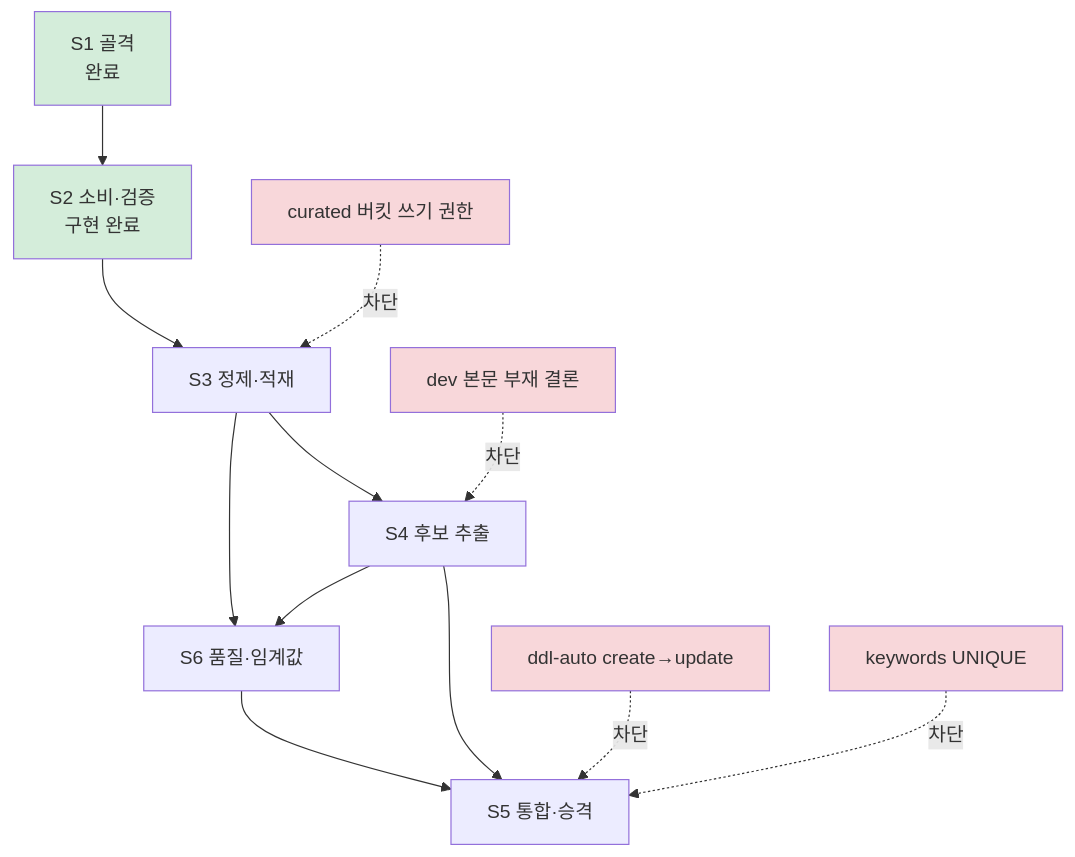
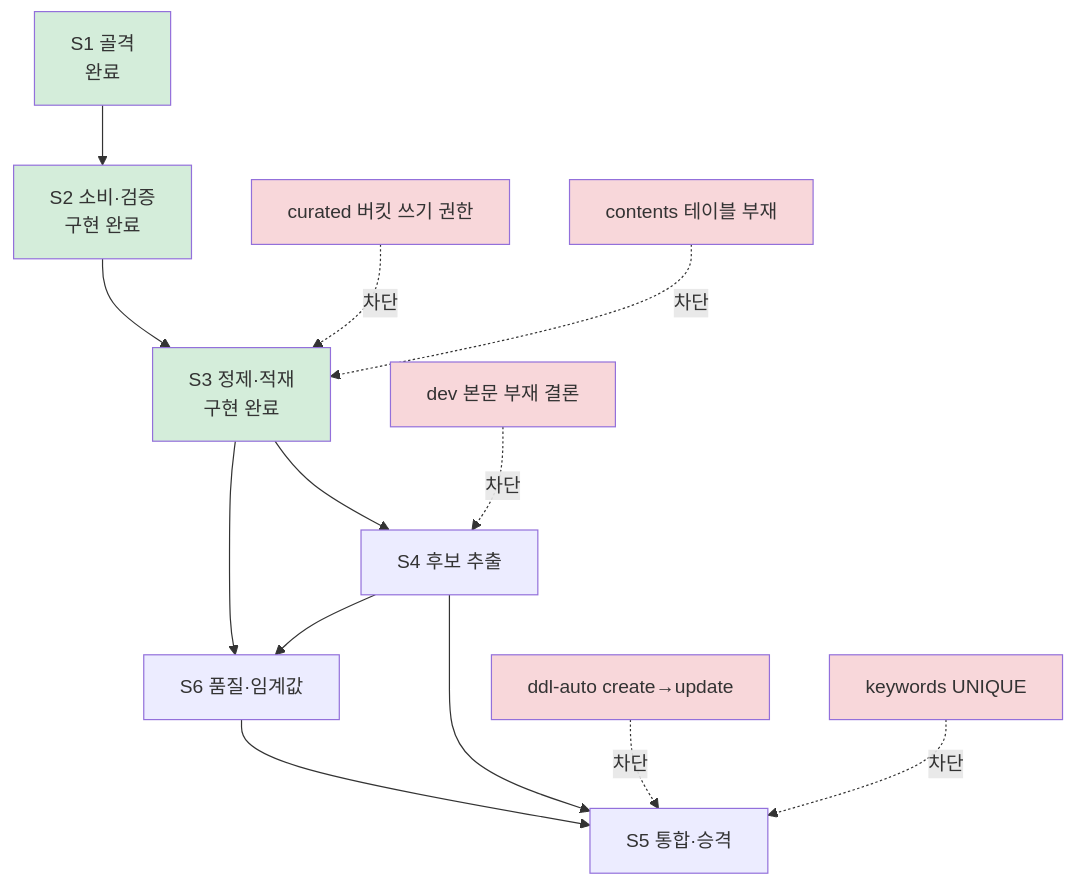
One commit to gyeolhan0789/TrendIn changed the diagram in pipeline/spark/docs/10-delivery-plan.md. Above: the diagram before and after it, drawn with Mermaid. The commit also changed other lines of this file and 58 other files, not shown here.

````diff
--- a/pipeline/spark/docs/10-delivery-plan.md
+++ b/pipeline/spark/docs/10-delivery-plan.md
@@ -183,22 +219,26 @@
 ```mermaid
 flowchart TD
     S1["S1 골격<br/>완료"] --> S2["S2 소비·검증<br/>구현 완료"]
-    S2 --> S3["S3 정제·적재"]
+    S2 --> S3["S3 정제·적재<br/>구현 완료"]
     S3 --> S4["S4 후보 추출"]
     S3 --> S6["S6 품질·임계값"]
     S4 --> S6
     S6 --> S5["S5 통합·승격"]
     S4 --> S5
 
     B1["ddl-auto create→update"] -.차단.-> S5
     B2["keywords UNIQUE"] -.차단.-> S5
     B3["curated 버킷 쓰기 권한"] -.차단.-> S3
     B4["dev 본문 부재 결론"] -.차단.-> S4
 
+    B5["contents 테이블 부재"] -.차단.-> S3
+
     style S1 fill:#d4edda
     style S2 fill:#d4edda
+    style S3 fill:#d4edda
+    style B5 fill:#f8d7da
     style B1 fill:#f8d7da
     style B2 fill:#f8d7da
     style B3 fill:#f8d7da
     style B4 fill:#f8d7da
 ```
````
